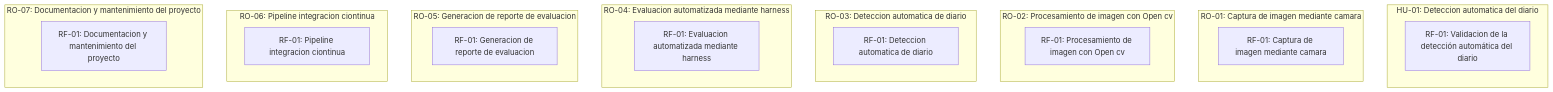
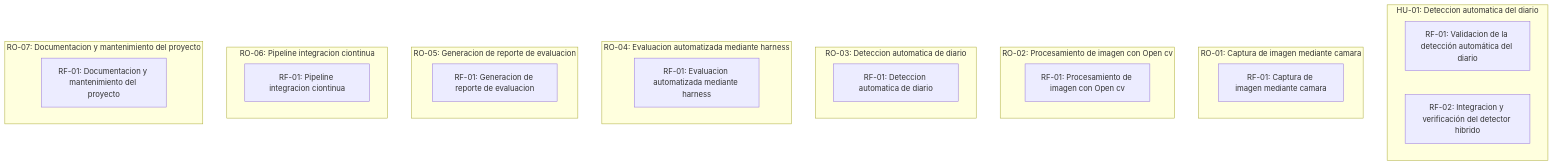
The diagram in scrumDocs/grafo.md (RubenArielArguello-ai/Alarmadediario), drawn with Mermaid before and after one commit. The commit also changed other lines of this file, not shown here.

````diff
--- a/scrumDocs/grafo.md
+++ b/scrumDocs/grafo.md
@@ -5,27 +5,28 @@
 ```mermaid
 graph TD
   subgraph US_1787079215619["HU-01: Deteccion automatica del diario"]
     REQ_1792604775046["RF-01: Validacion de la detección automática del diario"]
+    REQ_1792605282525["RF-02: Integracion y verificación del detector hibrido"]
   end
   subgraph US_OP_REQ_1787097664999["RO-01: Captura de imagen mediante camara"]
     REQ_1787097664999["RF-01: Captura de imagen mediante camara"]
   end
   subgraph US_OP_REQ_1787097872112["RO-02: Procesamiento de imagen con Open cv"]
     REQ_1787097872112["RF-01: Procesamiento de imagen con Open cv"]
   end
   subgraph US_OP_REQ_1787098109684["RO-03: Deteccion automatica de diario"]
     REQ_1787098109684["RF-01: Deteccion automatica de diario"]
   end
   subgraph US_OP_REQ_1787098282760["RO-04: Evaluacion automatizada mediante harness"]
     REQ_1787098282760["RF-01: Evaluacion automatizada mediante harness"]
   end
   subgraph US_OP_REQ_1787098876504["RO-05: Generacion de reporte de evaluacion"]
     REQ_1787098876504["RF-01: Generacion de reporte de evaluacion"]
   end
   subgraph US_OP_REQ_1787099043041["RO-06: Pipeline integracion ciontinua"]
     REQ_1787099043041["RF-01: Pipeline integracion ciontinua"]
   end
   subgraph US_OP_REQ_1787099177559["RO-07: Documentacion y mantenimiento del proyecto"]
     REQ_1787099177559["RF-01: Documentacion y mantenimiento del proyecto"]
   end
 ```
````
